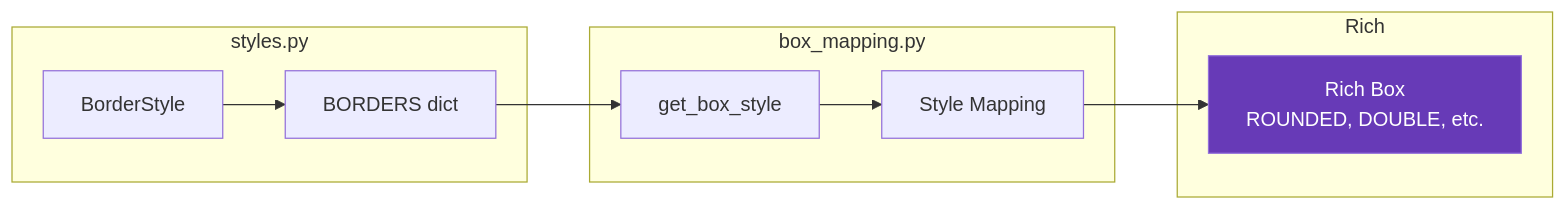
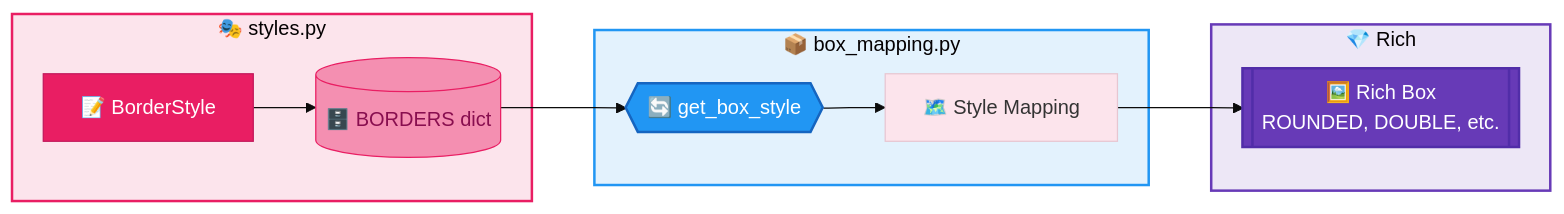
Before and after one commit to ksokolowski/StyledConsole: diagram 11 of 11 in docs/DEVELOPER_GUIDE.md, drawn with Mermaid. The commit also changed other lines of this file, not shown here.

Commit message:
docs: enhance Mermaid diagrams with colors, emojis, and Material Design styling

````diff
--- a/docs/DEVELOPER_GUIDE.md
+++ b/docs/DEVELOPER_GUIDE.md
@@ -593,23 +712,31 @@
 ```mermaid
+%%{init: {'theme': 'base', 'themeVariables': { 'primaryColor': '#FCE4EC'}}}%%
 flowchart LR
-    subgraph "styles.py"
-        BS[BorderStyle]
-        BORDERS[BORDERS dict]
+    subgraph styles["🎭 styles.py"]
+        BS[📝 BorderStyle]
+        BORDERS[(🗄️ BORDERS dict)]
     end
 
-    subgraph "box_mapping.py"
-        GBS[get_box_style]
-        MAP[Style Mapping]
+    subgraph mapping["📦 box_mapping.py"]
+        GBS{{"🔄 get_box_style"}}
+        MAP[🗺️ Style Mapping]
     end
 
-    subgraph "Rich"
-        RBOX[Rich Box<br/>ROUNDED, DOUBLE, etc.]
+    subgraph Rich["💎 Rich"]
+        RBOX[["🖼️ Rich Box<br/>ROUNDED, DOUBLE, etc."]]
     end
 
     BS --> BORDERS
     BORDERS --> GBS
     GBS --> MAP
     MAP --> RBOX
 
-    style RBOX fill:#673AB7,color:#fff
+    style styles fill:#FCE4EC,stroke:#E91E63,stroke-width:2px
+    style mapping fill:#E3F2FD,stroke:#2196F3,stroke-width:2px
+    style Rich fill:#EDE7F6,stroke:#673AB7,stroke-width:2px
+
+    style BS fill:#E91E63,color:#fff,stroke:#C2185B
+    style BORDERS fill:#F48FB1,color:#880E4F,stroke:#E91E63
+    style GBS fill:#2196F3,color:#fff,stroke:#1565C0,stroke-width:2px
+    style RBOX fill:#673AB7,color:#fff,stroke:#512DA8,stroke-width:2px
 ```
````
